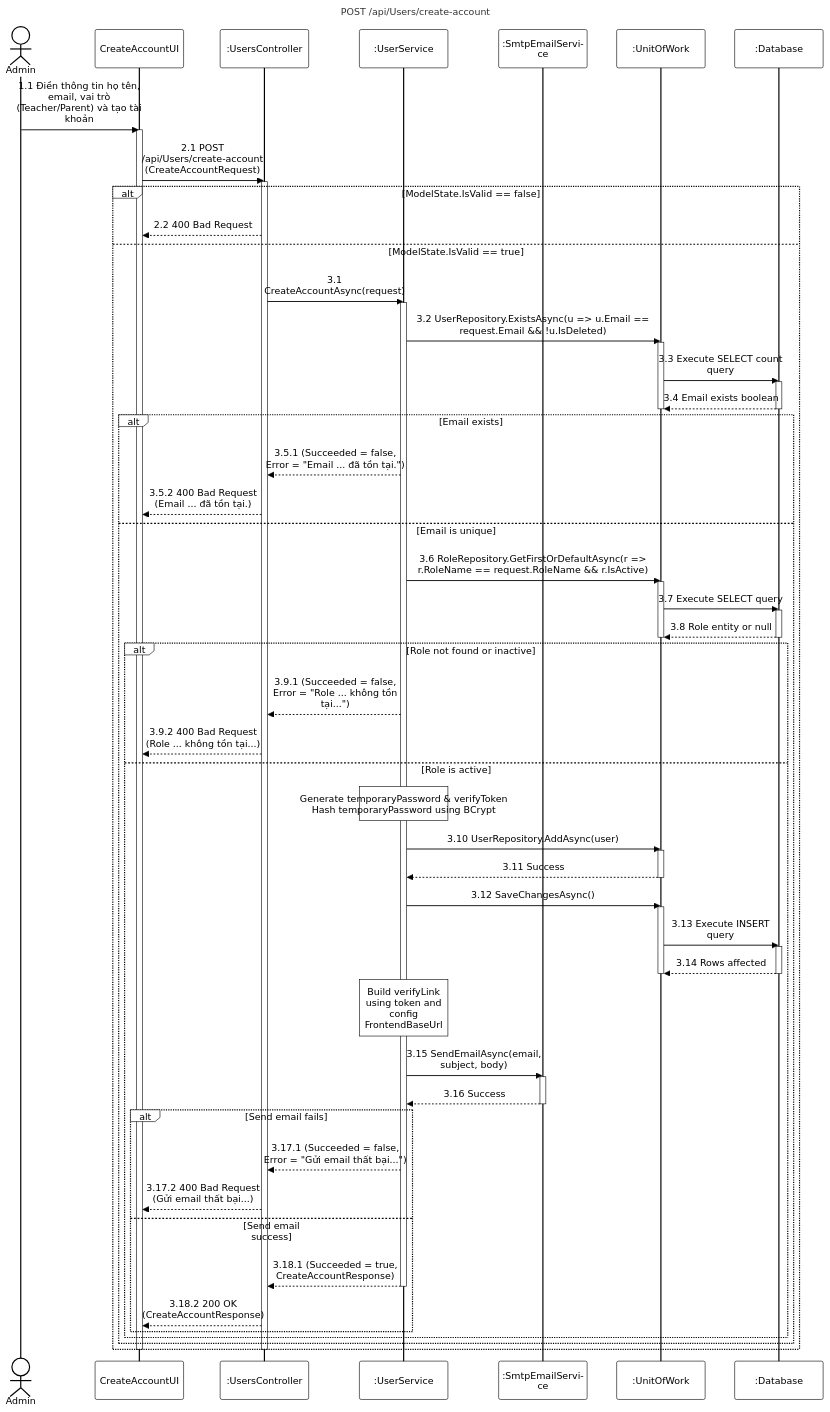
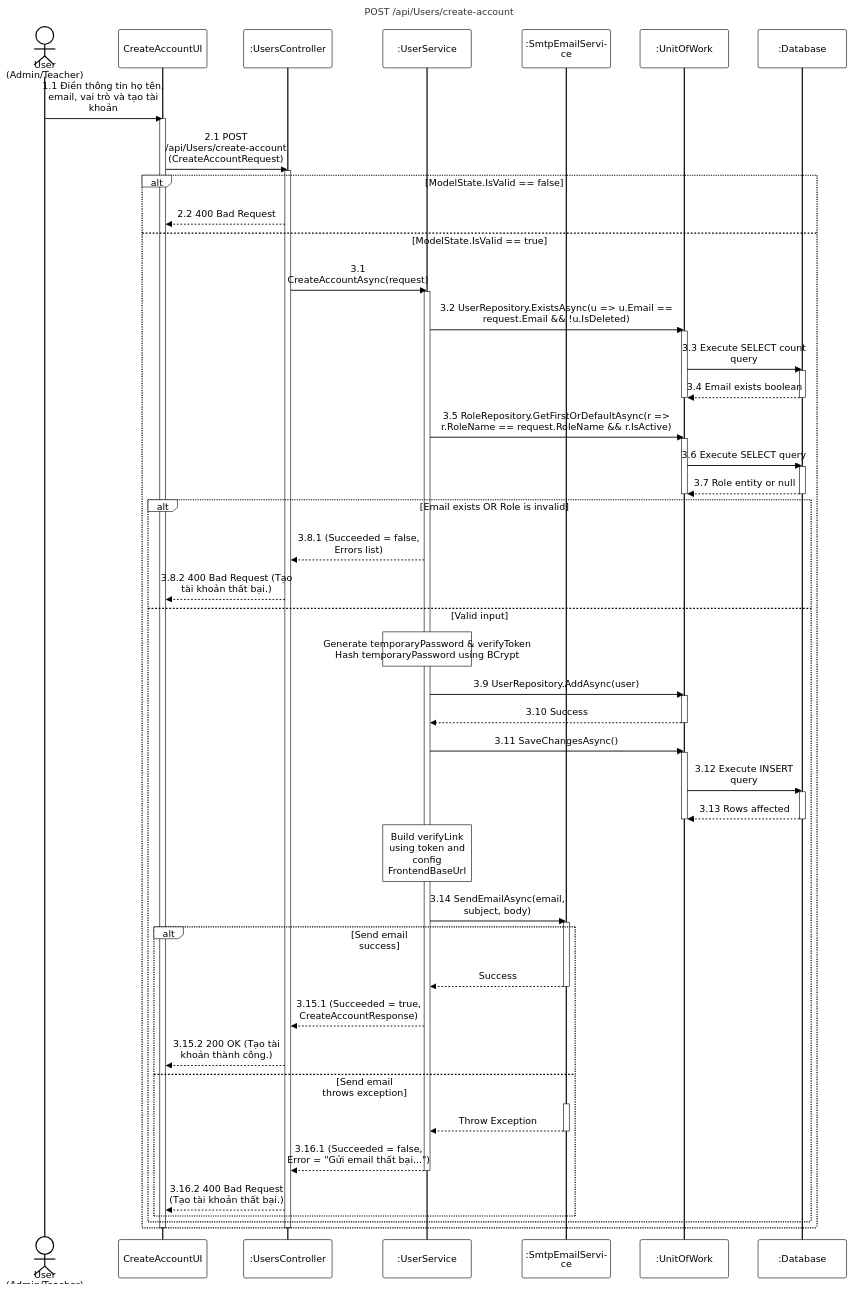
Before and after one commit to PhucAnDev/docx-diagram: the diagram in 02-user-role-management/sequence-diagram/apis/create-account.mmd, drawn with Mermaid. The commit also changed 1 other file, not shown here.

Commit message:
fix: update create-account diagram logic and messages to match source code

```diff
--- a/02-user-role-management/sequence-diagram/apis/create-account.mmd
+++ b/02-user-role-management/sequence-diagram/apis/create-account.mmd
@@ -1,81 +1,79 @@
 %%{init: {'theme':'base', 'themeVariables': {'actorBkg':'#ffffff','actorBorder':'#000000','actorTextColor':'#000000','actorLineColor':'#000000','signalColor':'#000000','signalTextColor':'#000000','labelBoxBkgColor':'#ffffff','labelBoxBorderColor':'#000000','labelTextColor':'#000000','loopTextColor':'#000000','noteBkgColor':'#ffffff','noteBorderColor':'#000000','noteTextColor':'#000000','activationBorderColor':'#000000','activationBkgColor':'#ffffff','sequenceNumberColor':'#000000'}, 'sequence': {'width':150,'height':65,'actorFontSize':16,'messageFontSize':16,'wrap':true,'wrapPadding':10}}}%%
 sequenceDiagram
     title POST /api/Users/create-account
-    actor Admin as Admin
+    actor User as User (Admin/Teacher)
     participant UI as CreateAccountUI
     participant Endpoint as :UsersController
     participant Service as :UserService
     participant Mail as :SmtpEmailService
     participant DB as :UnitOfWork
     participant Database as :Database
 
-    Admin->>UI: 1.1 Điền thông tin họ tên, email, vai trò (Teacher/Parent) và tạo tài khoản
+    User->>UI: 1.1 Điền thông tin họ tên, email, vai trò và tạo tài khoản
     activate UI
     UI->>Endpoint: 2.1 POST /api/Users/create-account (CreateAccountRequest)
     activate Endpoint
 
     alt ModelState.IsValid == false
         Endpoint-->>UI: 2.2 400 Bad Request
     else ModelState.IsValid == true
         Endpoint->>Service: 3.1 CreateAccountAsync(request)
         activate Service
 
         Service->>DB: 3.2 UserRepository.ExistsAsync(u => u.Email == request.Email && !u.IsDeleted)
         activate DB
         DB->>Database: 3.3 Execute SELECT count query
         activate Database
         Database-->>DB: 3.4 Email exists boolean
         deactivate Database
         deactivate DB
 
-        alt Email exists
-            Service-->>Endpoint: 3.5.1 (Succeeded = false, Error = "Email ... đã tồn tại.")
-            Endpoint-->>UI: 3.5.2 400 Bad Request (Email ... đã tồn tại.)
-        else Email is unique
-            Service->>DB: 3.6 RoleRepository.GetFirstOrDefaultAsync(r => r.RoleName == request.RoleName && r.IsActive)
+        Service->>DB: 3.5 RoleRepository.GetFirstOrDefaultAsync(r => r.RoleName == request.RoleName && r.IsActive)
+        activate DB
+        DB->>Database: 3.6 Execute SELECT query
+        activate Database
+        Database-->>DB: 3.7 Role entity or null
+        deactivate Database
+        deactivate DB
+
+        alt Email exists OR Role is invalid
+            Service-->>Endpoint: 3.8.1 (Succeeded = false, Errors list)
+            Endpoint-->>UI: 3.8.2 400 Bad Request (Tạo tài khoản thất bại.)
+        else Valid input
+            note over Service: Generate temporaryPassword & verifyToken<br/>Hash temporaryPassword using BCrypt
+            
+            Service->>DB: 3.9 UserRepository.AddAsync(user)
             activate DB
-            DB->>Database: 3.7 Execute SELECT query
+            DB-->>Service: 3.10 Success
+            deactivate DB
+
+            Service->>DB: 3.11 SaveChangesAsync()
+            activate DB
+            DB->>Database: 3.12 Execute INSERT query
             activate Database
-            Database-->>DB: 3.8 Role entity or null
+            Database-->>DB: 3.13 Rows affected
             deactivate Database
             deactivate DB
 
-            alt Role not found or inactive
-                Service-->>Endpoint: 3.9.1 (Succeeded = false, Error = "Role ... không tồn tại...")
-                Endpoint-->>UI: 3.9.2 400 Bad Request (Role ... không tồn tại...)
-            else Role is active
-                note over Service: Generate temporaryPassword & verifyToken<br/>Hash temporaryPassword using BCrypt
-                
-                Service->>DB: 3.10 UserRepository.AddAsync(user)
-                activate DB
-                DB-->>Service: 3.11 Success
-                deactivate DB
-
-                Service->>DB: 3.12 SaveChangesAsync()
-                activate DB
-                DB->>Database: 3.13 Execute INSERT query
-                activate Database
-                Database-->>DB: 3.14 Rows affected
-                deactivate Database
-                deactivate DB
-
-                note over Service: Build verifyLink using token and config FrontendBaseUrl
-                
-                Service->>Mail: 3.15 SendEmailAsync(email, subject, body)
+            note over Service: Build verifyLink using token and config FrontendBaseUrl
+            
+            Service->>Mail: 3.14 SendEmailAsync(email, subject, body)
+            activate Mail
+            
+            alt Send email success
+                Mail-->>Service: Success
+                deactivate Mail
+                Service-->>Endpoint: 3.15.1 (Succeeded = true, CreateAccountResponse)
+                Endpoint-->>UI: 3.15.2 200 OK (Tạo tài khoản thành công.)
+            else Send email throws exception
                 activate Mail
-                Mail-->>Service: 3.16 Success
+                Mail-->>Service: Throw Exception
                 deactivate Mail
-
-                alt Send email fails
-                    Service-->>Endpoint: 3.17.1 (Succeeded = false, Error = "Gửi email thất bại...")
-                    Endpoint-->>UI: 3.17.2 400 Bad Request (Gửi email thất bại...)
-                else Send email success
-                    Service-->>Endpoint: 3.18.1 (Succeeded = true, CreateAccountResponse)
-                    deactivate Service
-                    Endpoint-->>UI: 3.18.2 200 OK (CreateAccountResponse)
-                end
+                Service-->>Endpoint: 3.16.1 (Succeeded = false, Error = "Gửi email thất bại...")
+                deactivate Service
+                Endpoint-->>UI: 3.16.2 400 Bad Request (Tạo tài khoản thất bại.)
             end
         end
     end
     deactivate Endpoint
     deactivate UI
```
